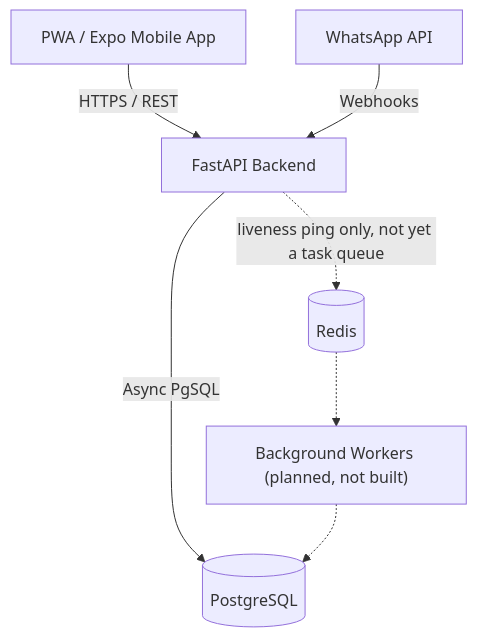
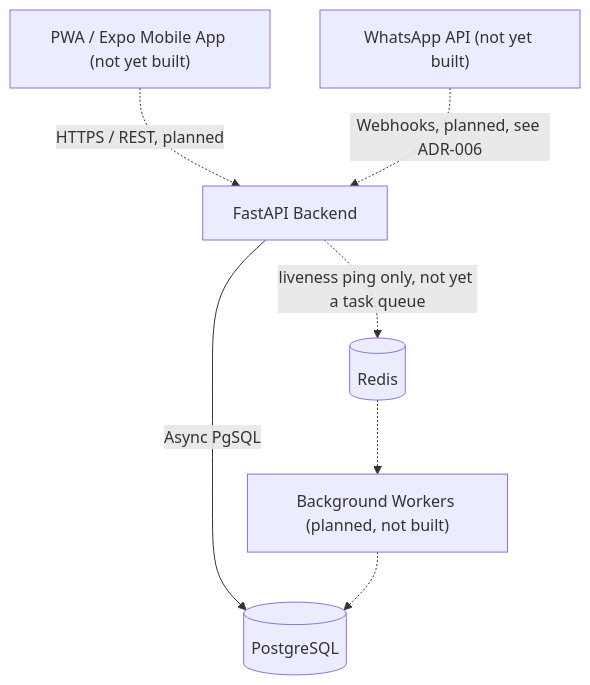
One commit to Rest-creator/MARITCHO changed the diagram in docs/architecture/system_design.md. Above: the diagram before and after it, drawn with Mermaid. The commit also changed other lines of this file and 140 other files, not shown here.

Commit message:
Refactor backend architecture and update documentation

````diff
--- a/docs/architecture/system_design.md
+++ b/docs/architecture/system_design.md
@@ -22,10 +24,10 @@
 ```mermaid
 graph TD
-    Client[PWA / Expo Mobile App] -->|HTTPS / REST| API[FastAPI Backend]
-    WA[WhatsApp API] -->|Webhooks| API
+    Client["PWA / Expo Mobile App (not yet built)"] -.->|HTTPS / REST, planned| API[FastAPI Backend]
+    WA["WhatsApp API (not yet built)"] -.->|Webhooks, planned, see ADR-006| API
     
     API -->|Async PgSQL| DB[(PostgreSQL)]
     API -.->|liveness ping only, not yet a task queue| Redis[(Redis)]
     Redis -.-> Worker["Background Workers (planned, not built)"]
     Worker -.-> DB
 ```
````
